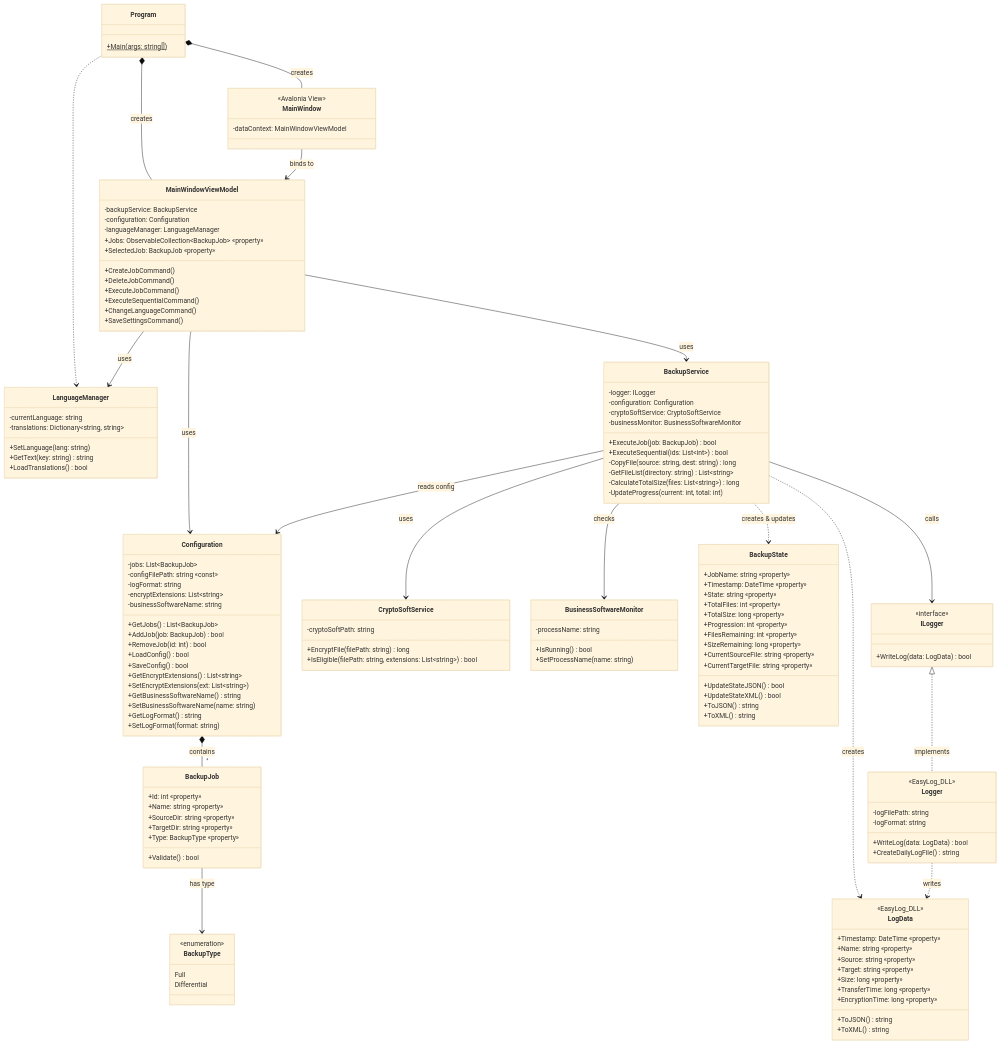
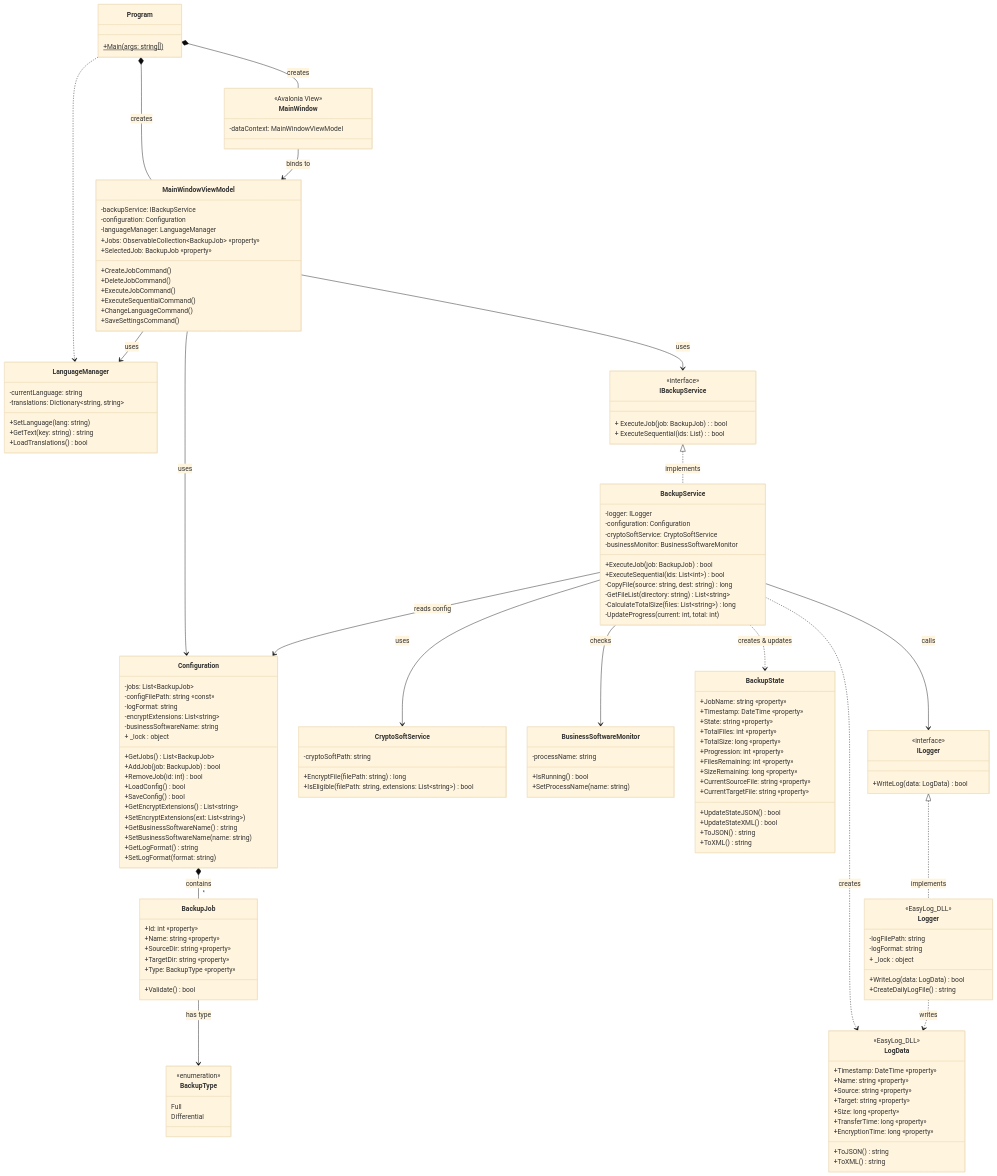
The second of 9 diagrams in Diagrams/UML.md (Groupe1-Prosoft/EasySave), drawn with Mermaid (base theme) before and after one commit. The commit also changed other lines of this file, not shown here.

```diff
--- a/Diagrams/UML.md
+++ b/Diagrams/UML.md
@@ -79,7 +79,7 @@
     }
 
     class MainWindowViewModel {
-        -backupService: BackupService
+        -backupService: IBackupService
         -configuration: Configuration
         -languageManager: LanguageManager
         +Jobs: ObservableCollection~BackupJob~ «property»
@@ -117,6 +117,7 @@
         +SetBusinessSoftwareName(name: string)
         +GetLogFormat() string
         +SetLogFormat(format: string)
+        + _lock : object
     }
 
     class BackupService {
@@ -130,6 +131,12 @@
         -GetFileList(directory: string) List~string~
         -CalculateTotalSize(files: List~string~) long
         -UpdateProgress(current: int, total: int)
+    }
+
+    class IBackupService {
+        <<interface>>
+        + ExecuteJob(job: BackupJob) : bool
+        + ExecuteSequential(ids: List<int>) : bool
     }
 
     class CryptoSoftService {
@@ -187,6 +194,7 @@
         -logFilePath: string
         -logFormat: string
         +WriteLog(data: LogData) bool
+        + _lock : object 
         +CreateDailyLogFile() string
     }
 
@@ -209,10 +217,11 @@
 
     MainWindow --> MainWindowViewModel : binds to
 
-    MainWindowViewModel --> BackupService : uses
+    MainWindowViewModel --> IBackupService : uses
     MainWindowViewModel --> Configuration : uses
     MainWindowViewModel --> LanguageManager : uses
 
+    IBackupService <|.. BackupService : implements
     BackupService --> Configuration : reads config
     BackupService ..> BackupState : creates & updates
     BackupService ..> LogData : creates
```
